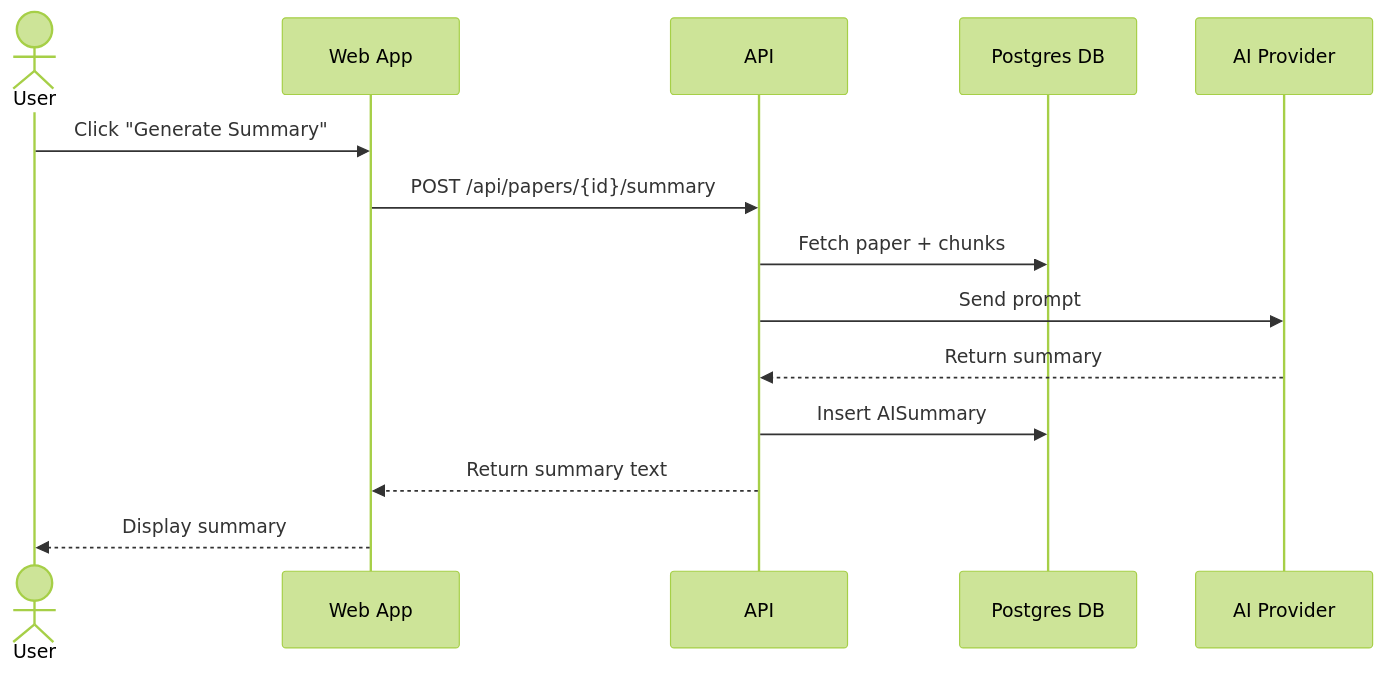
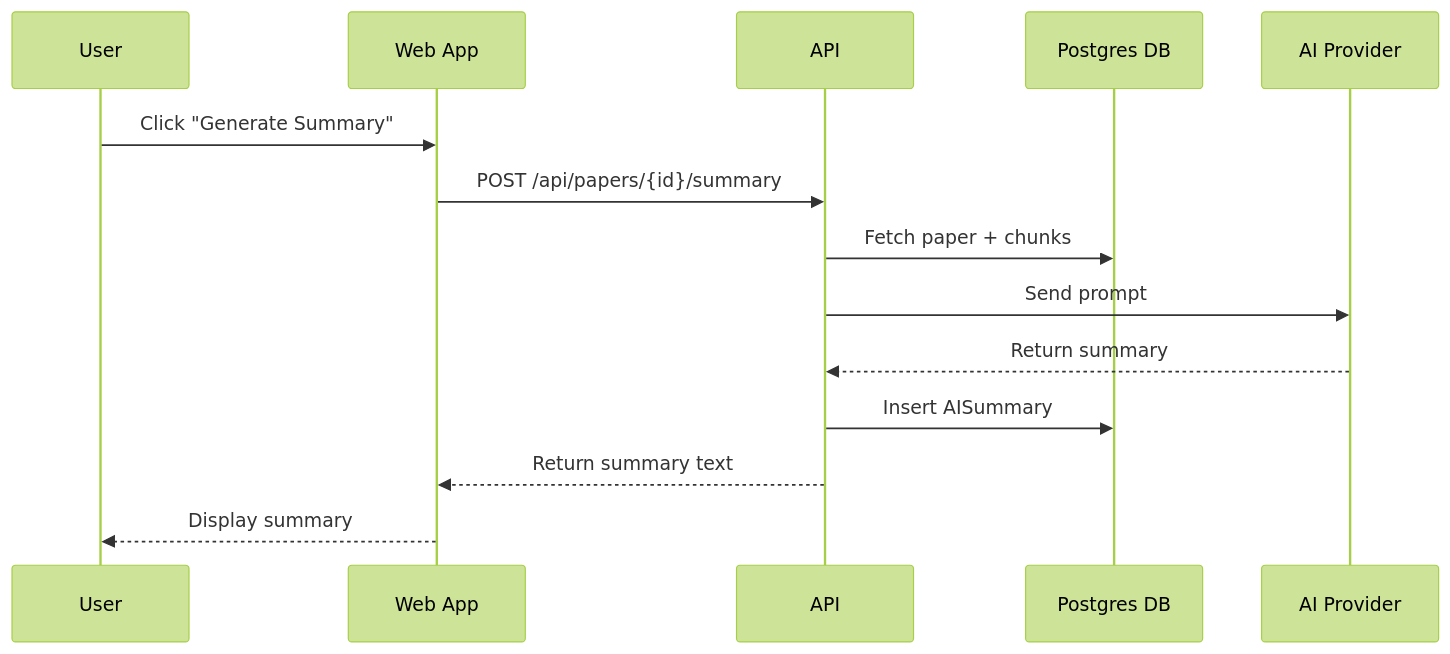
The seventh of 11 diagrams in docs/Chapter4-System-Design-Diagrams.md (Atik203/Scholar-Flow), drawn with Mermaid (forest theme) before and after one commit. The commit also changed other lines of this file and 1 other file, not shown here.

Commit message:
Refactor sequence diagram syntax from 'actor' to 'participant' for consistency in Mermaid diagrams

````diff
--- a/docs/Chapter4-System-Design-Diagrams.md
+++ b/docs/Chapter4-System-Design-Diagrams.md
@@ -777,17 +777,17 @@
 ```mermaid
 sequenceDiagram
-  actor U as User
+  participant U as User
   participant W as Web App
   participant A as API
   participant D as Postgres DB
   participant AI as AI Provider
 
   U->>W: Click "Generate Summary"
   W->>A: POST /api/papers/{id}/summary
   A->>D: Fetch paper + chunks
   A->>AI: Send prompt
   AI-->>A: Return summary
   A->>D: Insert AISummary
   A-->>W: Return summary text
   W-->>U: Display summary
 ```
````
